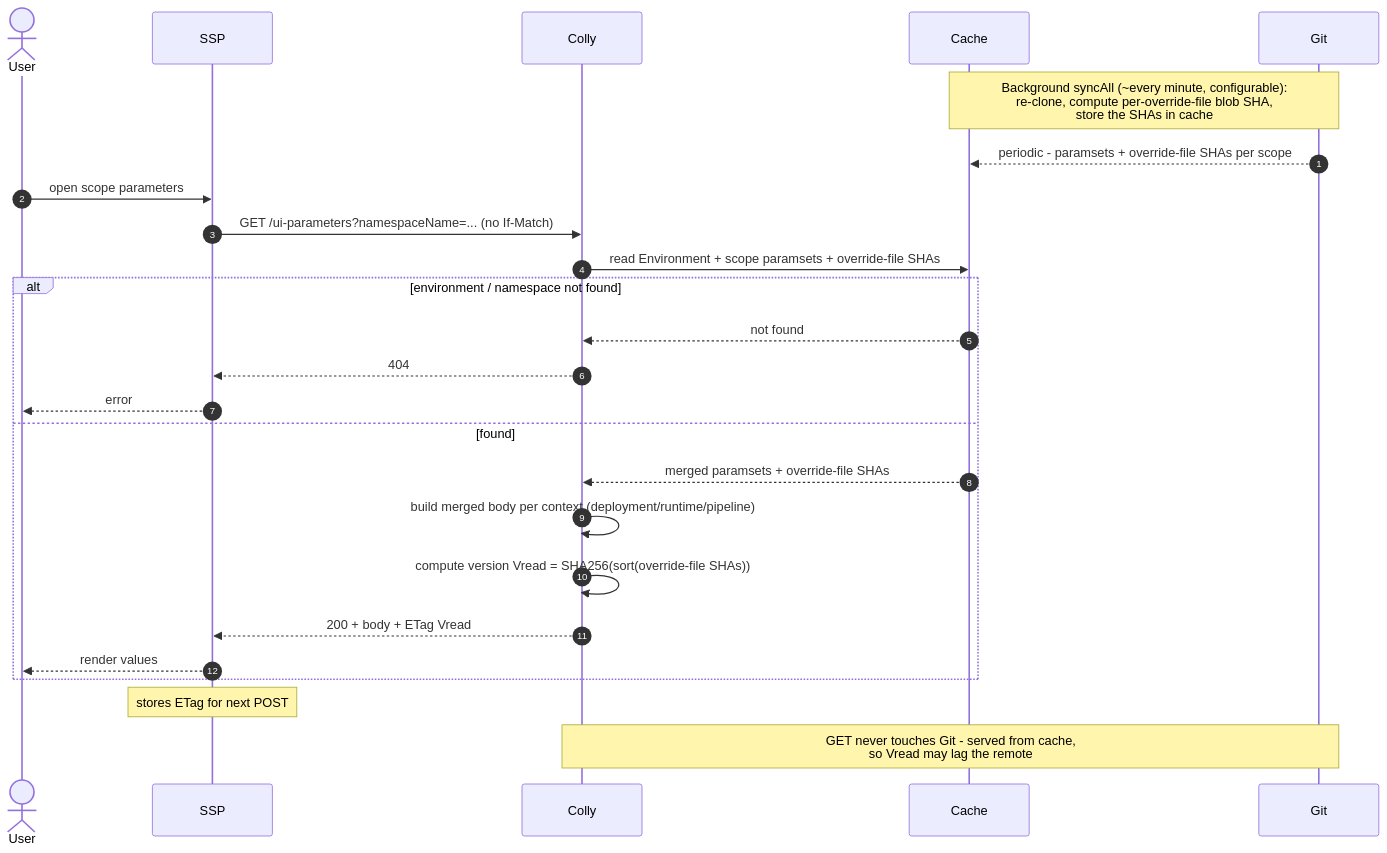
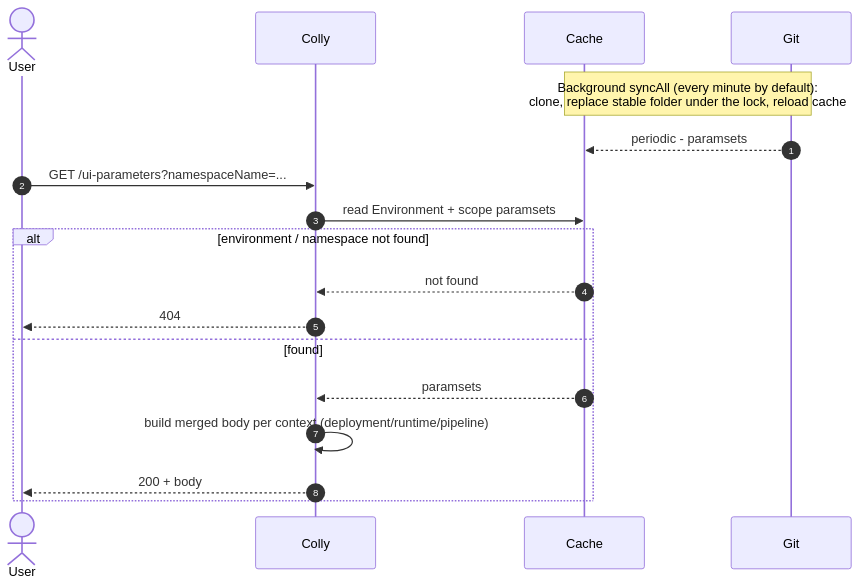
One commit to Netcracker/qubership-colly changed the first of 2 diagrams in docs/design/ui-override-versioning.md. Above: the diagram before and after it, drawn with Mermaid. The commit also changed other lines of this file and 2 other files, not shown here.

Commit message:
docs: clarify UI parameter concurrency design and simplify flow descriptions. Remove etag and  if-match from current design

````diff
--- a/docs/design/ui-override-versioning.md
+++ b/docs/design/ui-override-versioning.md
@@ -65,29 +99,20 @@
 ```mermaid
 sequenceDiagram
     autonumber
     actor User as User
-    participant SSP as SSP
     participant Colly
     participant Cache as Cache
     participant Git as Git
-
-    Note over Cache,Git: Background syncAll (~every minute, configurable):<br/>re-clone, compute per-override-file blob SHA,<br/>store the SHAs in cache
-    Git-->>Cache: periodic - paramsets + override-file SHAs per scope
-
-    User->>SSP: open scope parameters
-    SSP->>Colly: GET /ui-parameters?namespaceName=... (no If-Match)
-    Colly->>Cache: read Environment + scope paramsets + override-file SHAs
+    Note over Cache, Git: Background syncAll (every minute by default):<br/>clone, replace stable folder under the lock, reload cache
+    Git -->> Cache: periodic - paramsets
+    User ->> Colly: GET /ui-parameters?namespaceName=...
+    Colly ->> Cache: read Environment + scope paramsets
     alt environment / namespace not found
         Cache-->>Colly: not found
-        Colly-->>SSP: 404
-        SSP-->>User: error
+        Colly -->> User: 404
     else found
-        Cache-->>Colly: merged paramsets + override-file SHAs
+        Cache -->> Colly: paramsets
         Colly->>Colly: build merged body per context (deployment/runtime/pipeline)
-        Colly->>Colly: compute version Vread = SHA256(sort(override-file SHAs))
-        Colly-->>SSP: 200 + body + ETag Vread
-        SSP-->>User: render values
+        Colly -->> User: 200 + body
     end
-    Note over SSP: stores ETag for next POST
-    Note over Colly,Git: GET never touches Git - served from cache,<br/>so Vread may lag the remote
 ```
````
